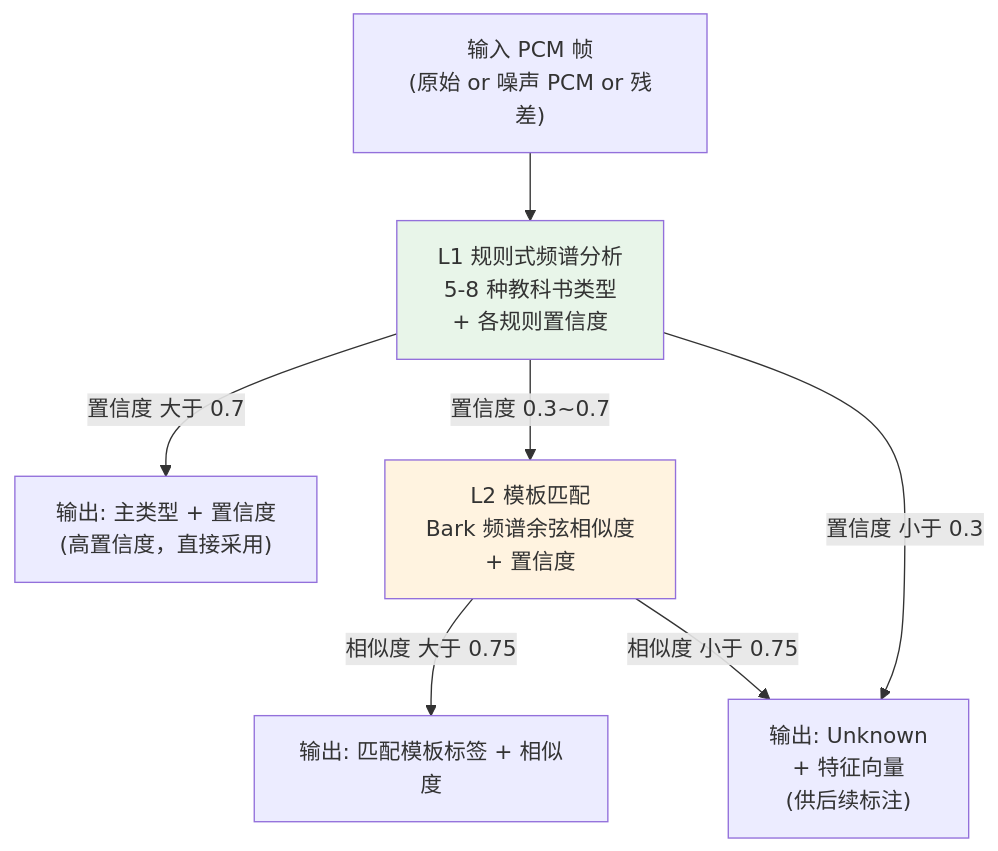
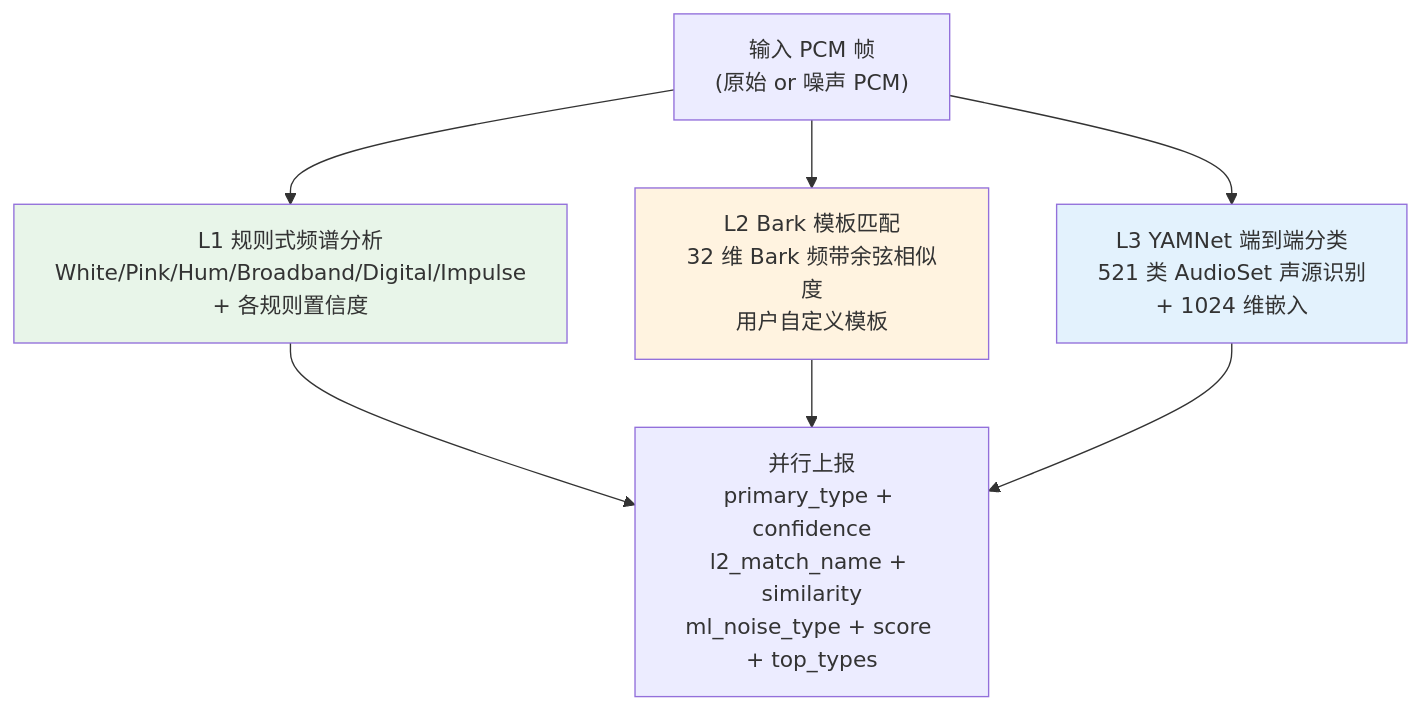
One commit to JunJunHub/aes67-linux-daemon changed the fourth of 6 diagrams in docs/noise/architecture-design.md. Above: the diagram before and after it, drawn with Mermaid. The commit also changed other lines of this file, not shown here.

First line of the commit message:
docs(noise): 架构文档更新 - L1/L2/L3 三层并行架构 + VAD 门控移除

````diff
--- a/docs/noise/architecture-design.md
+++ b/docs/noise/architecture-design.md
@@ -450,16 +449,16 @@
 ```mermaid
 flowchart TB
-    INPUT["输入 PCM 帧<br/>(原始 or 噪声 PCM or 残差)"]
+    INPUT["输入 PCM 帧<br/>(原始 or 噪声 PCM)"]
 
-    INPUT --> L1["L1 规则式频谱分析<br/>5-8 种教科书类型<br/>+ 各规则置信度"]
+    INPUT --> L1["L1 规则式频谱分析<br/>White/Pink/Hum/Broadband/Digital/Impulse<br/>+ 各规则置信度"]
+    INPUT --> L2["L2 Bark 模板匹配<br/>32 维 Bark 频带余弦相似度<br/>用户自定义模板"]
+    INPUT --> L3["L3 YAMNet 端到端分类<br/>521 类 AudioSet 声源识别<br/>+ 1024 维嵌入"]
 
-    L1 -->|"置信度 大于 0.7"| OUT1["输出: 主类型 + 置信度<br/>(高置信度，直接采用)"]
-    L1 -->|"置信度 0.3~0.7"| L2["L2 模板匹配<br/>Bark 频谱余弦相似度<br/>+ 置信度"]
-    L1 -->|"置信度 小于 0.3"| UNKNOWN["输出: Unknown<br/>+ 特征向量<br/>(供后续标注)"]
-
-    L2 -->|"相似度 大于 0.75"| OUT2["输出: 匹配模板标签 + 相似度"]
-    L2 -->|"相似度 小于 0.75"| UNKNOWN
+    L1 --> OUT["并行上报<br/>primary_type + confidence<br/>l2_match_name + similarity<br/>ml_noise_type + score + top_types"]
+    L2 --> OUT
+    L3 --> OUT
 
     style L1 fill:#e8f5e9
     style L2 fill:#fff3e0
+    style L3 fill:#e3f2fd
 ```
````
